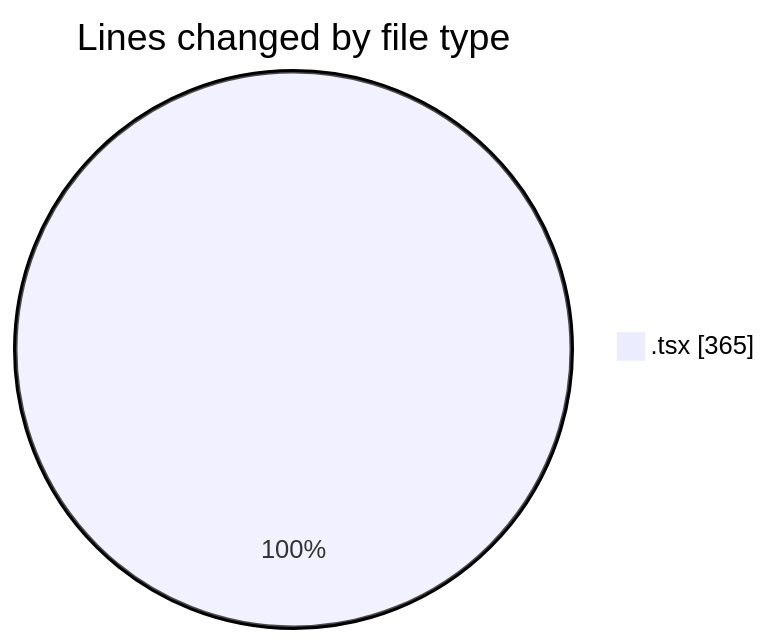
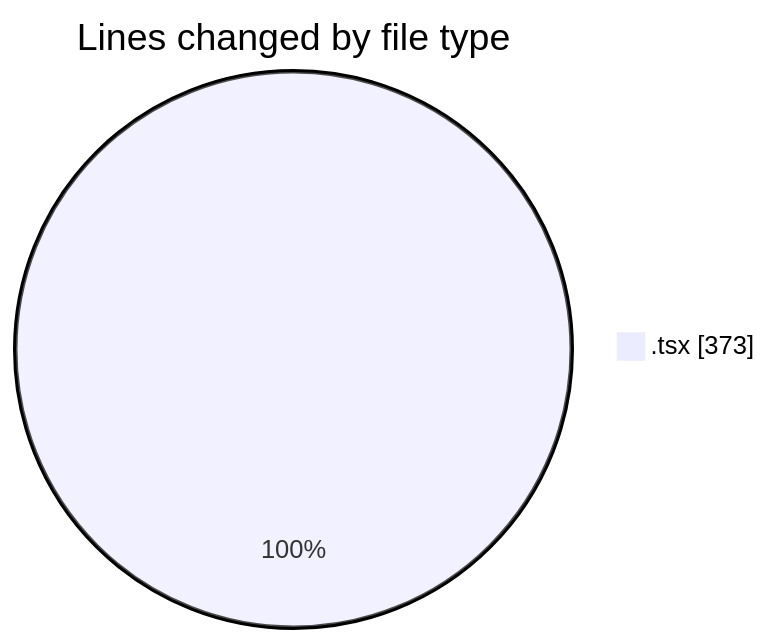
The first of 2 diagrams in 2025-03-10/portofolio/README.md (donsfak/code-tracking), drawn with Mermaid before and after one commit. The commit also changed other lines of this file and 1 other file, not shown here.

````diff
--- a/2025-03-10/portofolio/README.md
+++ b/2025-03-10/portofolio/README.md
@@ -20,5 +20,5 @@
 ```mermaid
 pie showData
 title Lines changed by file type
-".tsx" : 365
+".tsx" : 373
 ```
````
